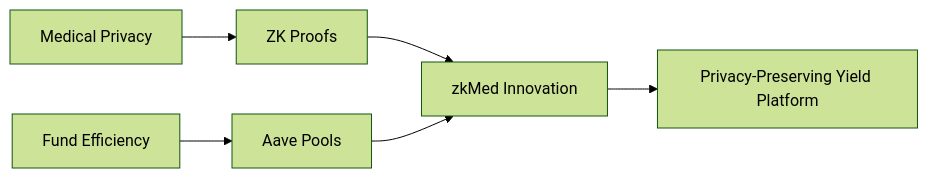
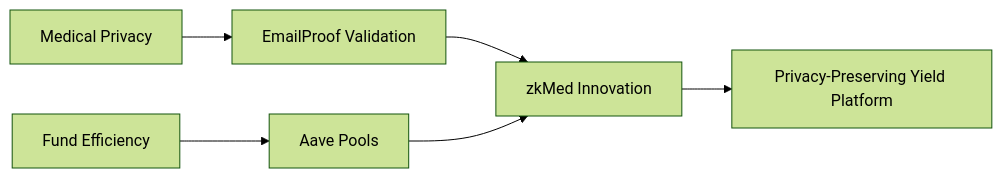
Diagram 12 of 12 in memory-bank/systemPatterns.md (ppezzull/zkMed), drawn with Mermaid (forest theme) before and after one commit. The commit also changed other lines of this file and 7 other files, not shown here.

````diff
--- a/memory-bank/systemPatterns.md
+++ b/memory-bank/systemPatterns.md
@@ -340,8 +374,8 @@
 ```mermaid
 graph LR
-    A[Medical Privacy] --> B[ZK Proofs]
+    A[Medical Privacy] --> B[EmailProof Validation]
     C[Fund Efficiency] --> D[Aave Pools]
     B --> E[zkMed Innovation]
     D --> E
     E --> F[Privacy-Preserving Yield Platform]
 ```
````
